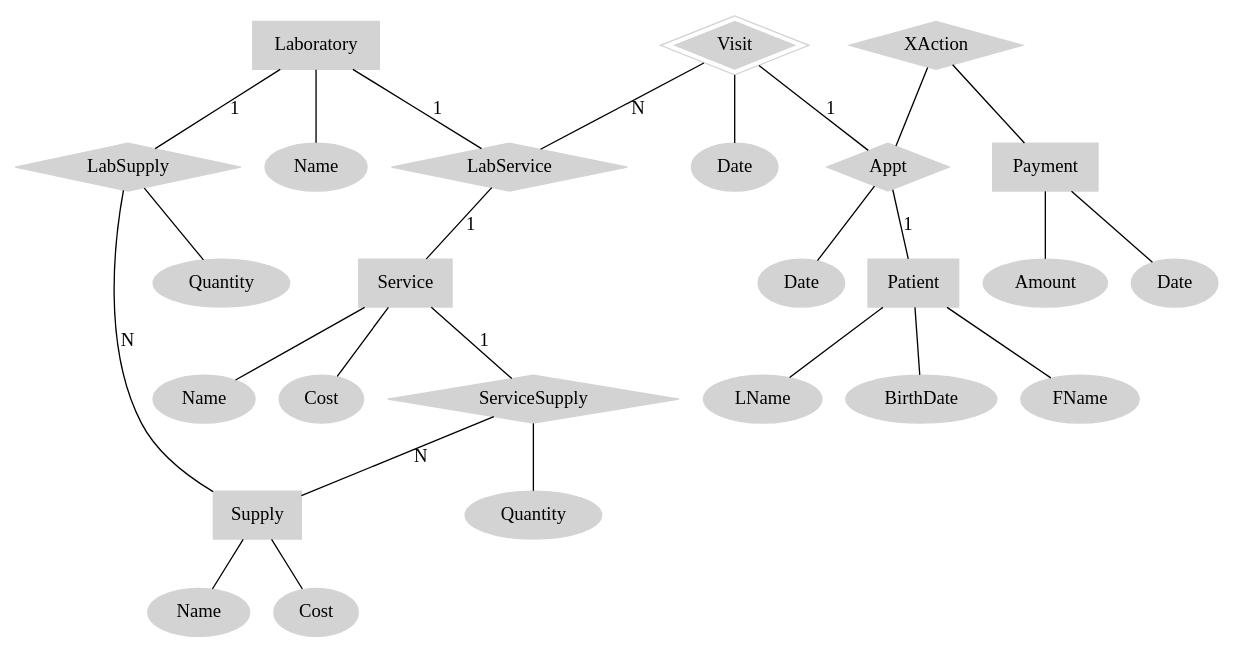
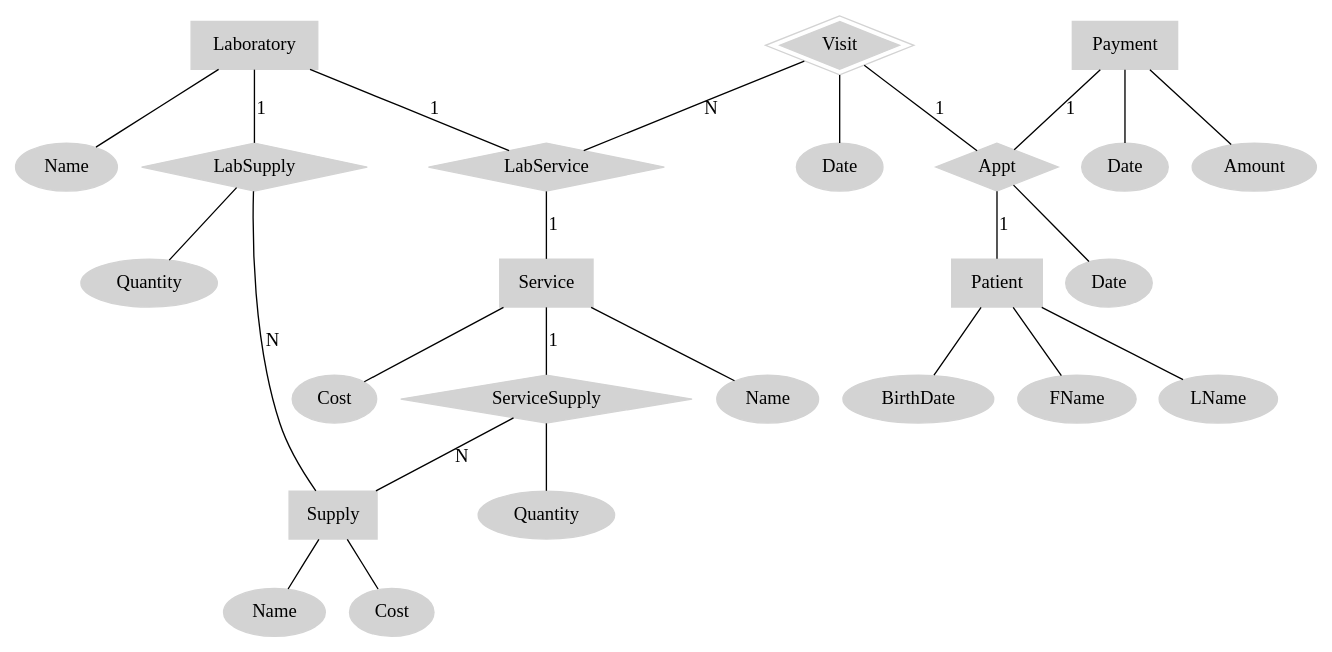
One commit to cdosborn/prog-4-cs-460 changed the diagram in doc/er-model.dot. Above: the diagram before and after it, drawn with Graphviz. The commit also changed 1 other file, not shown here.

Commit message:
Remove transaction, and just use payment table

```diff
--- a/doc/er-model.dot
+++ b/doc/er-model.dot
@@ -1,32 +1,31 @@
 graph graphname {
     node [shape=diamond,style=filled,color=lightgrey]; Visit; ServiceSupply;
-    LabService; LabSupply; Appt; XAction;
+    LabService; LabSupply; Appt;
     node [shape=box]; Patient; Laboratory; Service; Supply; Payment;
     node [shape=ellipse]; {node [label="Quantity"] Quantity0; Quantity1;}; {node [label="Name"] Name0; Name1; Name2;}; {node [label="Cost"] Cost0; Cost1;}; {node [label="Date"] Date0; Date1; Date2;}
     Service -- Cost0
     Service -- Name0
     Service -- ServiceSupply [label="1",len=1.00]
     ServiceSupply -- Supply  [label="N",len=1.00]
     ServiceSupply -- Quantity1
-    Appt -- Patient [label="1",len=1.00];
+    Appt -- Patient [label="1",len=1.00]
     Appt -- Date2 
     Patient -- FName
     Patient -- LName
     Patient -- BirthDate
     Visit -- LabService [label="N",len=1.00];
     Visit -- Date0
     Visit -- Appt [label="1",len=1.00];
     Visit [peripheries=2,color="black:invis:black", style=filled,color=lightgrey];
     Payment -- Amount
     Payment -- Date1
+    Payment -- Appt [label="1",len=1.00]
     Laboratory -- LabService [label="1",len=1.00];
     LabService -- Service    [label="1",len=1.00];
     Laboratory -- LabSupply [label="1",len=1.00];
     Laboratory -- Name2
     LabSupply -- Supply    [label="N",len=1.00];
     LabSupply -- Quantity0
     Supply -- Cost1
     Supply -- Name1
-    XAction -- Appt
-    XAction -- Payment
 }
```
